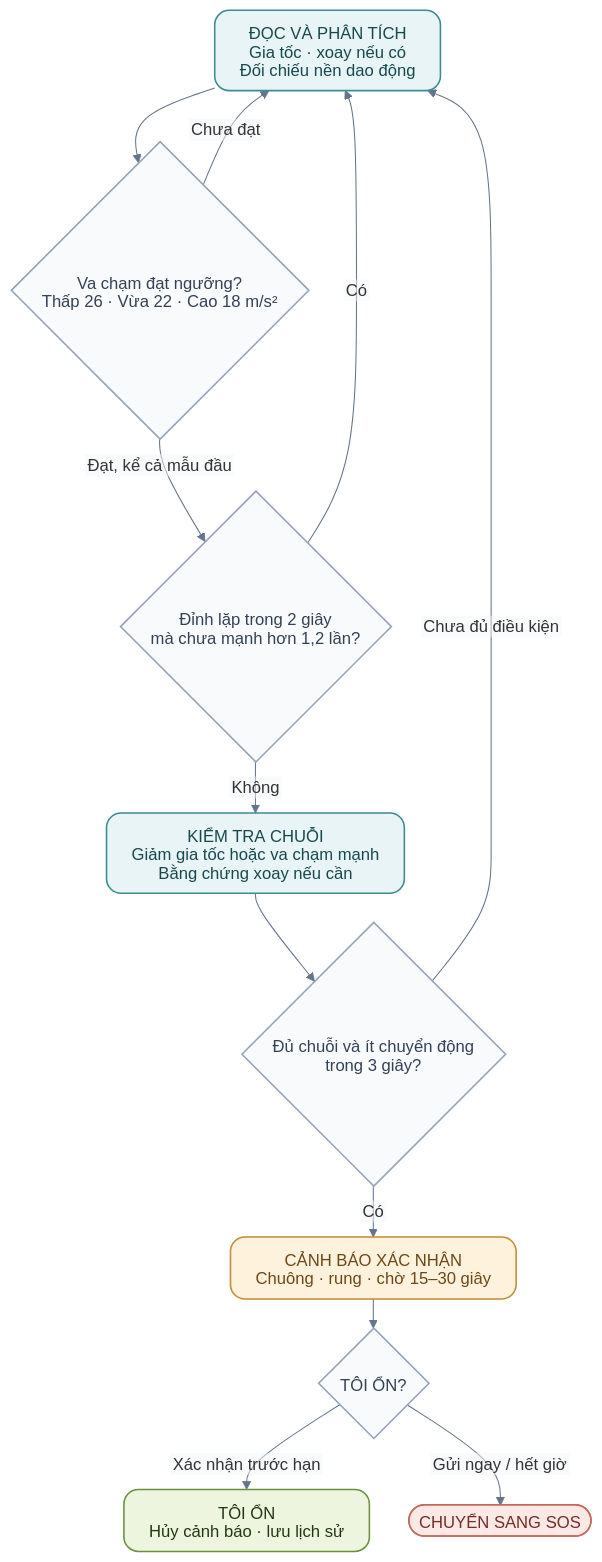
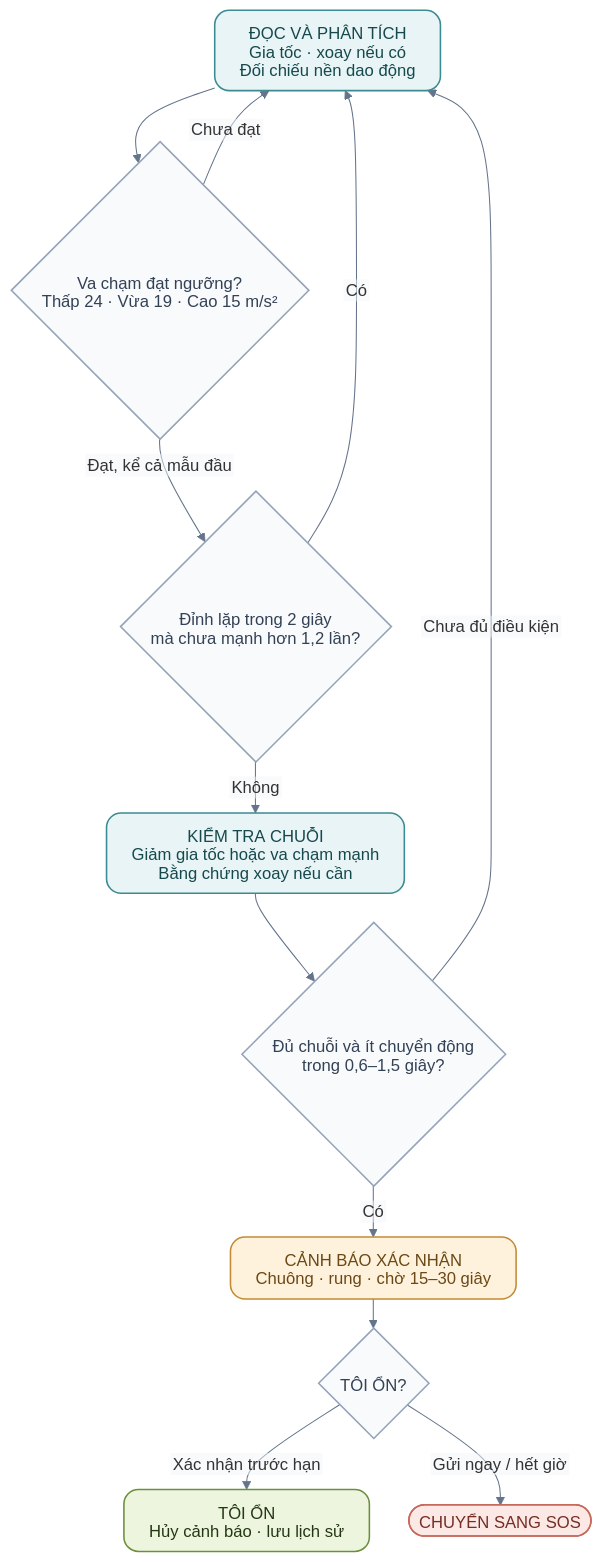
One commit to Vinh-205/Motion changed the third of 4 diagrams in README.md. Above: the diagram before and after it, drawn with Mermaid. The commit also changed other lines of this file and 11 other files, not shown here.

````diff
--- a/README.md
+++ b/README.md
@@ -420,49 +438,49 @@
 ```mermaid
 ---
 config:
   htmlLabels: false
   theme: base
   themeVariables:
     fontFamily: Segoe UI, Arial, sans-serif
     fontSize: 16px
     lineColor: '#64748b'
     edgeLabelBackground: '#f1f5f9'
   flowchart:
     wrappingWidth: 300
     curve: basis
     nodeSpacing: 38
     rankSpacing: 28
     padding: 12
 ---
 flowchart TB
     READ["ĐỌC VÀ PHÂN TÍCH<br/>Gia tốc · xoay nếu có<br/>Đối chiếu nền dao động"]
-    IMPACT{"Va chạm đạt ngưỡng?<br/>Thấp 26 · Vừa 22 · Cao 18 m/s²"}
+    IMPACT{"Va chạm đạt ngưỡng?<br/>Thấp 24 · Vừa 19 · Cao 15 m/s²"}
     REPEAT{"Đỉnh lặp trong 2 giây<br/>mà chưa mạnh hơn 1,2 lần?"}
     EVIDENCE["KIỂM TRA CHUỖI<br/>Giảm gia tốc hoặc va chạm mạnh<br/>Bằng chứng xoay nếu cần"]
-    SUSPECT{"Đủ chuỗi và ít chuyển động<br/>trong 3 giây?"}
+    SUSPECT{"Đủ chuỗi và ít chuyển động<br/>trong 0,6–1,5 giây?"}
     ALERT["CẢNH BÁO XÁC NHẬN<br/>Chuông · rung · chờ 15–30 giây"]
     CHOICE{"TÔI ỔN?"}
     SAFE["TÔI ỔN<br/>Hủy cảnh báo · lưu lịch sử"]
     SOS(["CHUYỂN SANG SOS"])
 
     READ --> IMPACT
     IMPACT -- "Chưa đạt" --> READ
     IMPACT -- "Đạt, kể cả mẫu đầu" --> REPEAT
     REPEAT -- "Có" --> READ
     REPEAT -- "Không" --> EVIDENCE --> SUSPECT
     SUSPECT -- "Chưa đủ điều kiện" --> READ
     SUSPECT -- "Có" --> ALERT --> CHOICE
     CHOICE -- "Xác nhận trước hạn" --> SAFE
     CHOICE -- "Gửi ngay / hết giờ" --> SOS
 
     classDef monitor fill:#e8f4f5,stroke:#3d8b90,color:#16494d,stroke-width:1.5px,rx:14,ry:14;
     classDef decision fill:#f8fafc,stroke:#94a3b8,color:#334155,stroke-width:1.5px;
     classDef warning fill:#fff2dc,stroke:#c38b35,color:#6b4815,stroke-width:1.5px,rx:14,ry:14;
     classDef safe fill:#edf5df,stroke:#6b8f3c,color:#243713,stroke-width:1.5px,rx:14,ry:14;
     classDef sos fill:#fce9e6,stroke:#c7685c,color:#762d24,stroke-width:1.5px;
     class READ,EVIDENCE monitor;
     class IMPACT,REPEAT,SUSPECT,CHOICE decision;
     class ALERT warning;
     class SAFE safe;
     class SOS sos;
 ```
````
